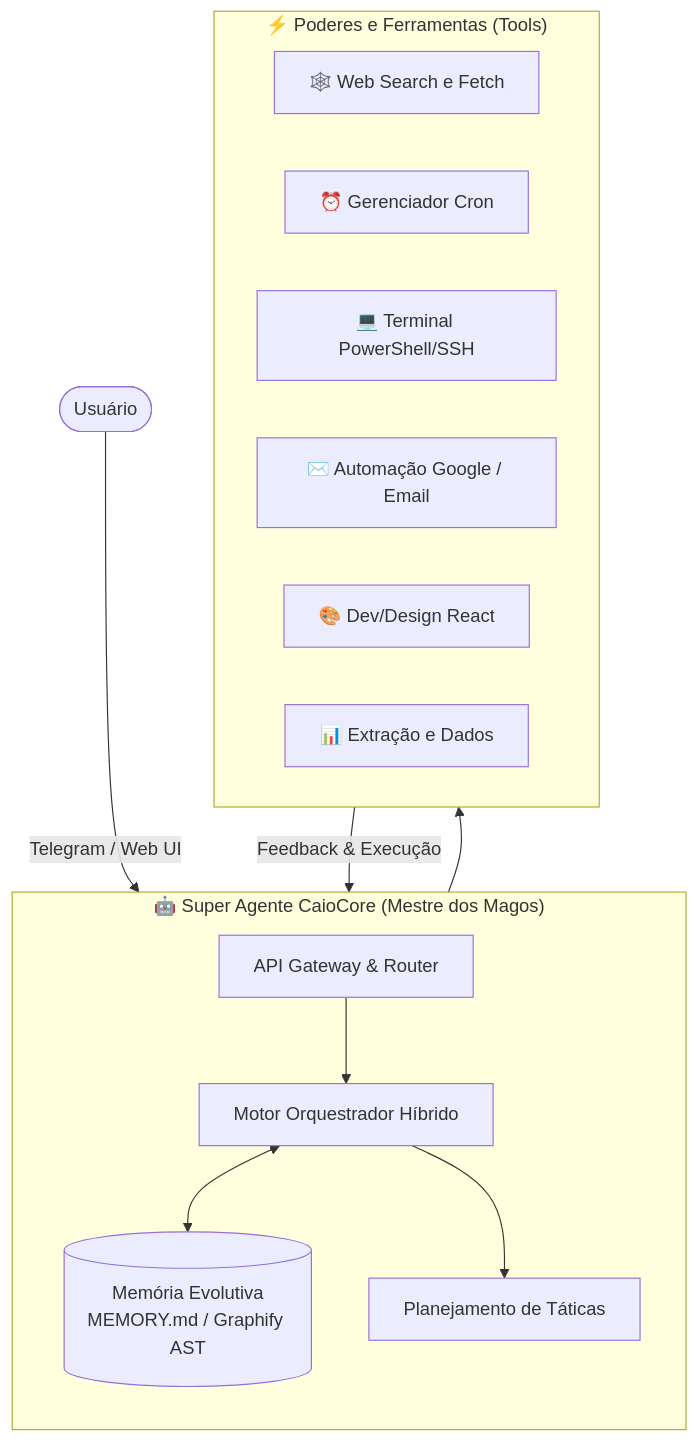
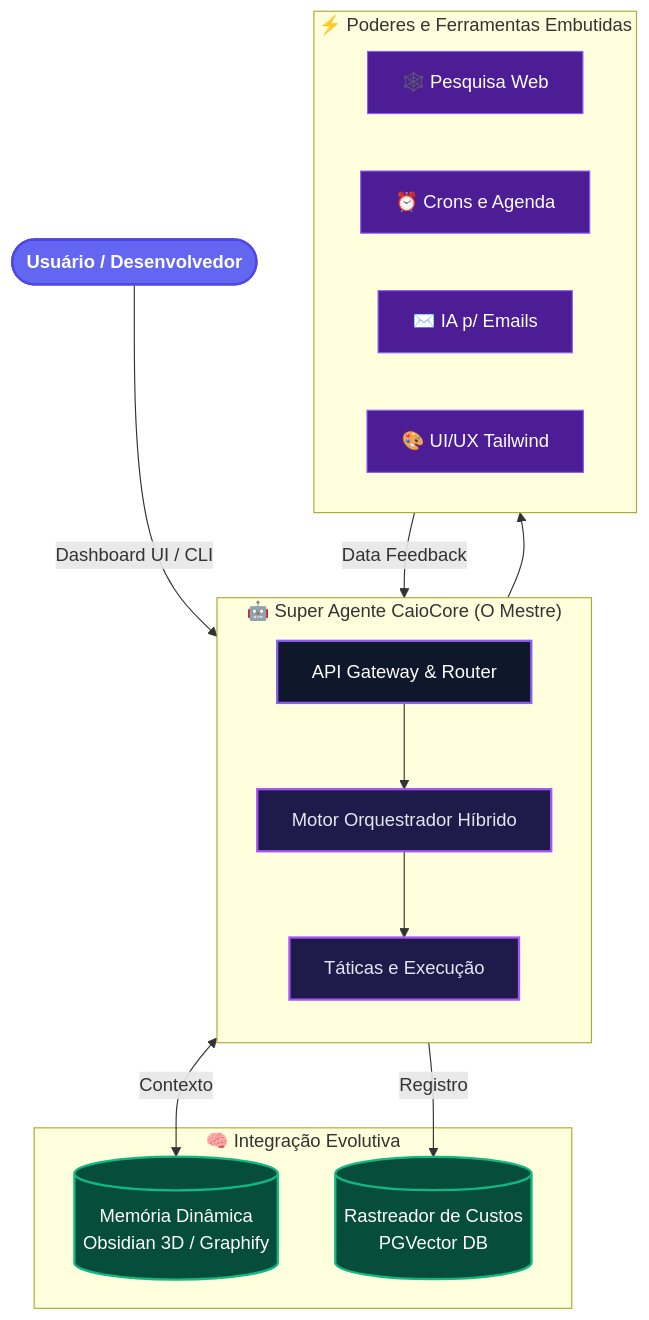
One commit to gleisson-santos/agente_caio changed the diagram in README.md. Above: the diagram before and after it, drawn with Mermaid. The commit also changed other lines of this file and 1 other file, not shown here.

Commit message:
docs: overhaul README with mascot transparency, updated table and styled architecture

````diff
--- a/README.md
+++ b/README.md
@@ -24,28 +26,39 @@
 ```mermaid
 graph TD
-    User([Usuário]) -->|Telegram / Web UI| Gateway[API Gateway & Router]
+    %% Estilização do Diagrama
+    classDef user fill:#6366f1,stroke:#4f46e5,stroke-width:2px,color:#fff,font-weight:bold;
+    classDef core fill:#0f172a,stroke:#8b5cf6,stroke-width:2px,color:#fff;
+    classDef system fill:#1e1b4b,stroke:#a855f7,stroke-width:2px,color:#e2e8f0;
+    classDef db fill:#064e3b,stroke:#10b981,stroke-width:2px,color:#fff;
+    classDef tool fill:#4c1d95,stroke:#8b5cf6,stroke-width:1px,color:#fff;
+
+    User([Usuário / Desenvolvedor]):::user -->|Dashboard UI / CLI| Gateway[API Gateway & Router]:::core
     
-    subgraph CaioCore ["🤖 Super Agente CaioCore (Mestre dos Magos)"]
+    subgraph CaioCore ["🤖 Super Agente CaioCore (O Mestre)"]
         direction TB
-        Orchestrator[Motor Orquestrador Híbrido]
-        Memory[(Memória Evolutiva\nMEMORY.md / Graphify AST)]
-        ActionPlanner[Planejamento de Táticas]
+        Orchestrator[Motor Orquestrador Híbrido]:::system
+        ActionPlanner[Táticas e Execução]:::system
         
         Gateway --> Orchestrator
-        Orchestrator <--> Memory
         Orchestrator --> ActionPlanner
     end
     
-    subgraph Tools ["⚡ Poderes e Ferramentas (Tools)"]
+    subgraph Memories ["🧠 Integração Evolutiva"]
+        Obsidian[(Memória Dinâmica\nObsidian 3D / Graphify)]:::db
+        Tokens[(Rastreador de Custos\nPGVector DB)]:::db
+    end
+
+    Orchestrator <-->|Contexto| Obsidian
+    Orchestrator -->|Registro| Tokens
+    
+    subgraph Tools ["⚡ Poderes e Ferramentas Embutidas"]
         direction LR
-        WebSearch[🕸️ Web Search e Fetch]
-        Cron[⏰ Gerenciador Cron]
-        Terminal[💻 Terminal PowerShell/SSH]
-        CalMail[✉️ Automação Google / Email]
-        DesignDev[🎨 Dev/Design React]
-        Data[📊 Extração e Dados]
+        WebSearch[🕸️ Pesquisa Web]:::tool
+        Cron[⏰ Crons e Agenda]:::tool
+        Mail[✉️ IA p/ Emails]:::tool
+        UXUI[🎨 UI/UX Tailwind]:::tool
     end
     
     ActionPlanner --> Tools
-    Tools --> |Feedback & Execução| Orchestrator
+    Tools --> |Data Feedback| Orchestrator
 ```
````
